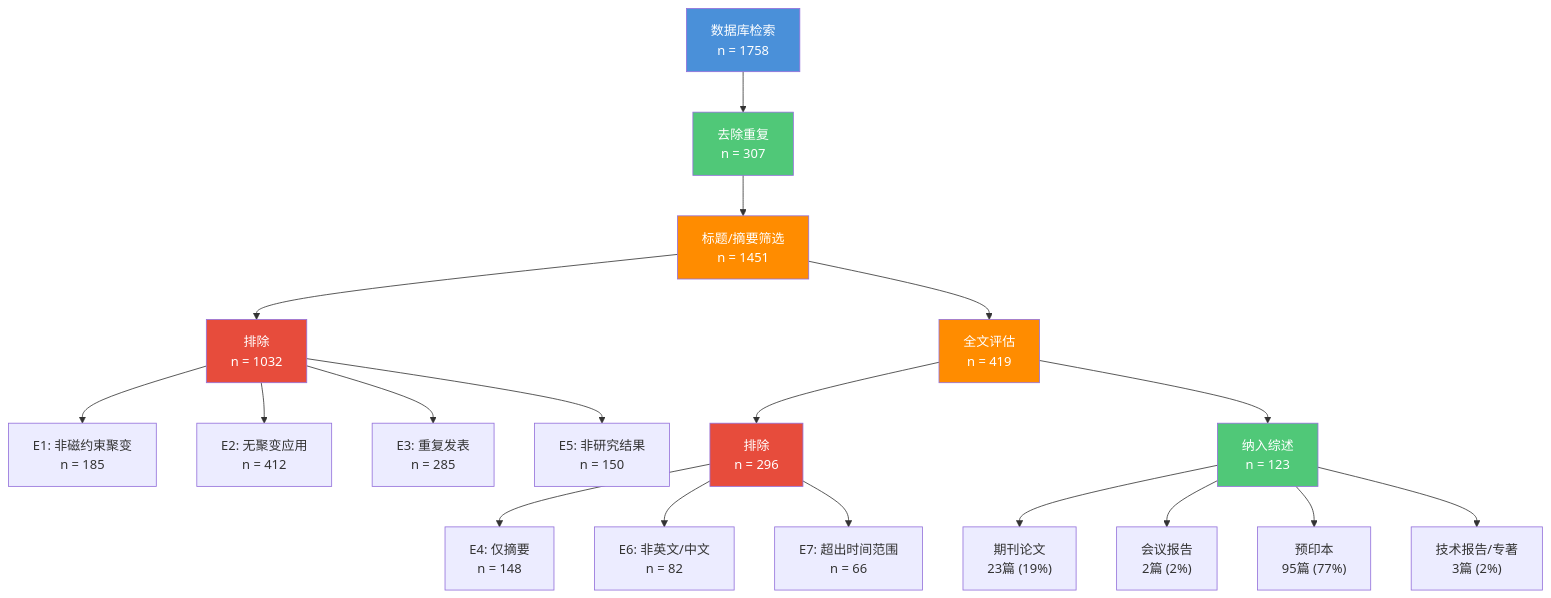
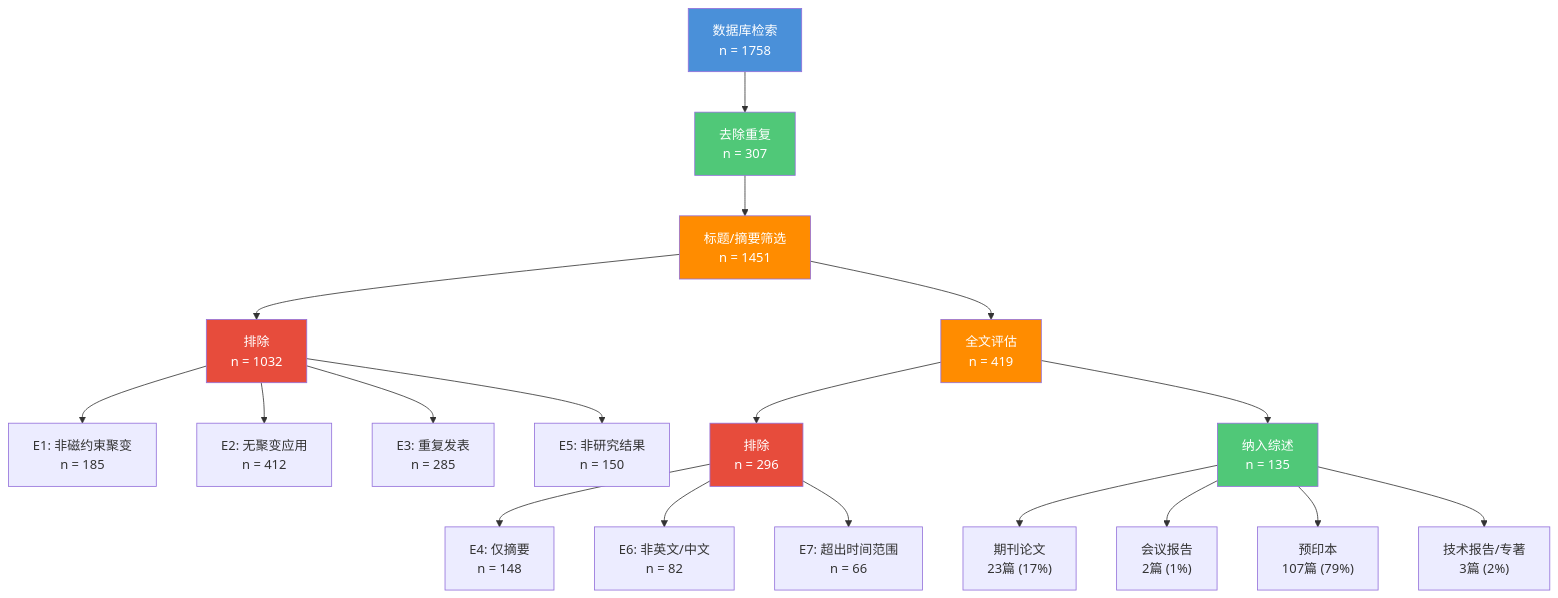
Before and after one commit to wangxumarshall/claude-books: the sixth of 6 diagrams in 06-AI4F/review/AI-for-Fusion-V2.md, drawn with Mermaid. The commit also changed other lines of this file and 1 other file, not shown here.

````diff
--- a/06-AI4F/review/AI-for-Fusion-V2.md
+++ b/06-AI4F/review/AI-for-Fusion-V2.md
@@ -1141,27 +1156,27 @@
 ```mermaid
 graph TD
     A["数据库检索<br/>n = 1758"] --> B["去除重复<br/>n = 307"]
     B --> C["标题/摘要筛选<br/>n = 1451"]
     C --> D["排除<br/>n = 1032"]
     D --> D1["E1: 非磁约束聚变<br/>n = 185"]
     D --> D2["E2: 无聚变应用<br/>n = 412"]
     D --> D3["E3: 重复发表<br/>n = 285"]
     D --> D4["E5: 非研究结果<br/>n = 150"]
     C --> E["全文评估<br/>n = 419"]
     E --> F["排除<br/>n = 296"]
     F --> F1["E4: 仅摘要<br/>n = 148"]
     F --> F2["E6: 非英文/中文<br/>n = 82"]
     F --> F3["E7: 超出时间范围<br/>n = 66"]
-    E --> G["纳入综述<br/>n = 123"]
-    G --> G1["期刊论文<br/>23篇 (19%)"]
-    G --> G2["会议报告<br/>2篇 (2%)"]
-    G --> G3["预印本<br/>95篇 (77%)"]
+    E --> G["纳入综述<br/>n = 135"]
+    G --> G1["期刊论文<br/>23篇 (17%)"]
+    G --> G2["会议报告<br/>2篇 (1%)"]
+    G --> G3["预印本<br/>107篇 (79%)"]
     G --> G4["技术报告/专著<br/>3篇 (2%)"]
     style A fill:#4A90D9,color:#fff
     style B fill:#50C878,color:#fff
     style C fill:#FF8C00,color:#fff
     style D fill:#E74C3C,color:#fff
     style E fill:#FF8C00,color:#fff
     style F fill:#E74C3C,color:#fff
     style G fill:#50C878,color:#fff
 ```
````
